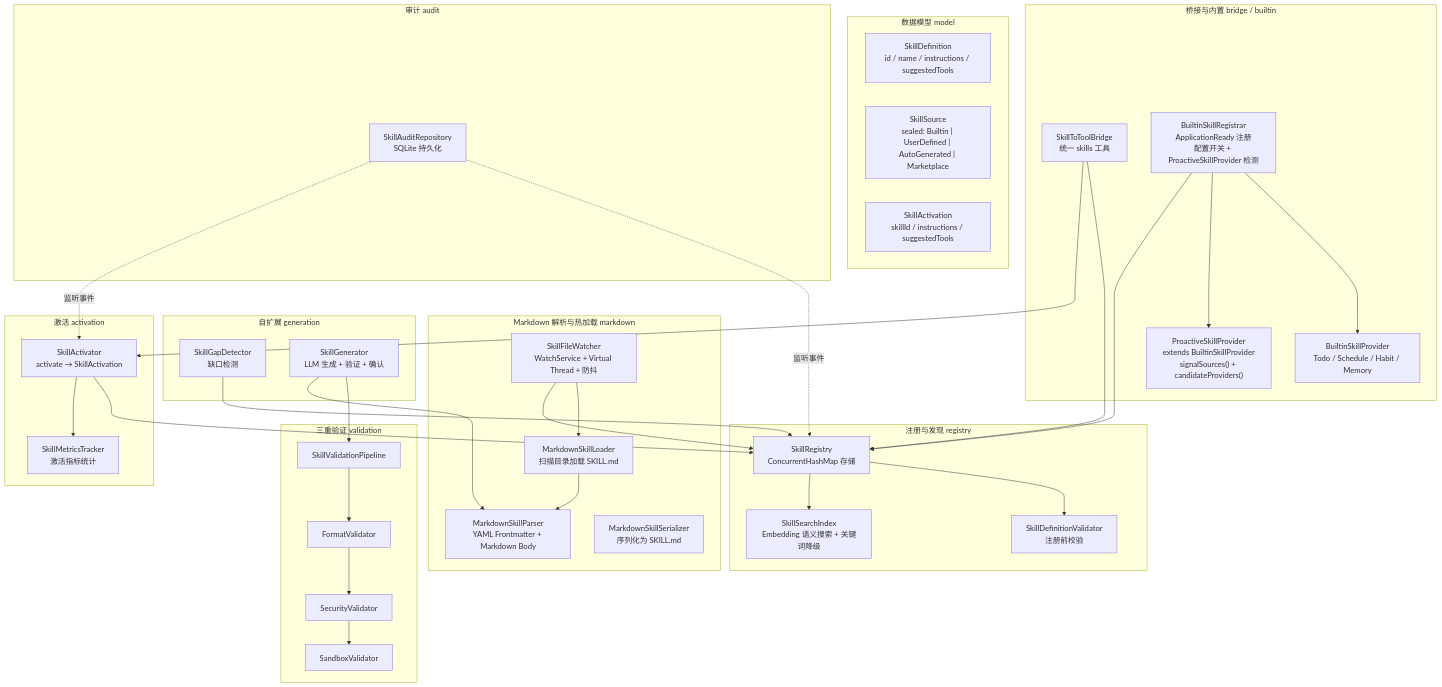
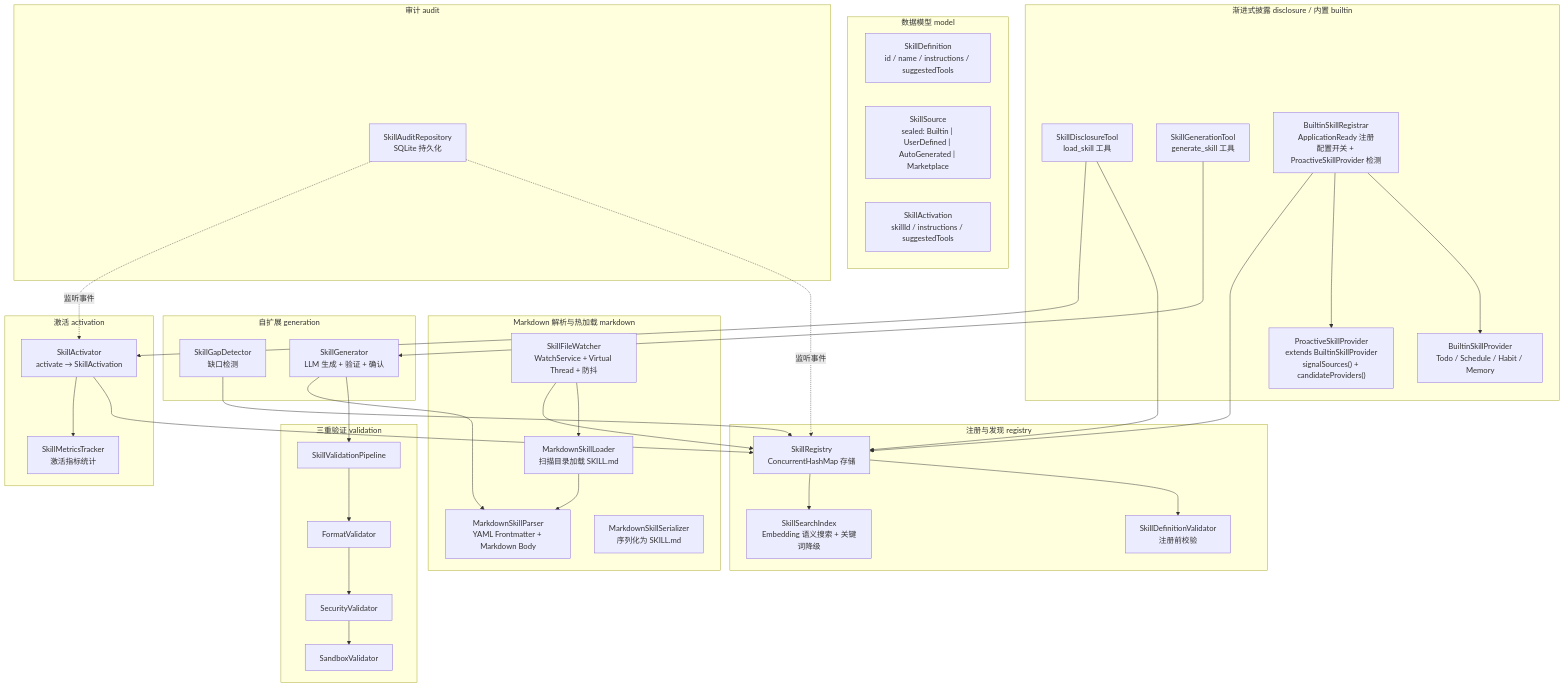
Before and after one commit to ntygod/LifePilot: the first of 4 diagrams in docs/architecture/skill-system.md, drawn with Mermaid. The commit also changed other lines of this file and 5 other files, not shown here.

````diff
--- a/docs/architecture/skill-system.md
+++ b/docs/architecture/skill-system.md
@@ -15,67 +15,69 @@
 ```mermaid
 graph TB
     subgraph "数据模型 model"
         SD["SkillDefinition<br/>id / name / instructions / suggestedTools"]
         SS["SkillSource<br/>sealed: Builtin | UserDefined | AutoGenerated | Marketplace"]
         SA_M["SkillActivation<br/>skillId / instructions / suggestedTools"]
     end
 
     subgraph "注册与发现 registry"
         SR["SkillRegistry<br/>ConcurrentHashMap 存储"]
         SDV["SkillDefinitionValidator<br/>注册前校验"]
         SSI["SkillSearchIndex<br/>Embedding 语义搜索 + 关键词降级"]
     end
 
     subgraph "激活 activation"
         SA["SkillActivator<br/>activate → SkillActivation"]
         SMT["SkillMetricsTracker<br/>激活指标统计"]
     end
 
     subgraph "Markdown 解析与热加载 markdown"
         MSL["MarkdownSkillLoader<br/>扫描目录加载 SKILL.md"]
         MSP["MarkdownSkillParser<br/>YAML Frontmatter + Markdown Body"]
         MSS["MarkdownSkillSerializer<br/>序列化为 SKILL.md"]
         SFW["SkillFileWatcher<br/>WatchService + Virtual Thread + 防抖"]
     end
 
     subgraph "三重验证 validation"
         SVP["SkillValidationPipeline"]
         FV["FormatValidator"]
         SEV["SecurityValidator"]
         SBV["SandboxValidator"]
         SVP --> FV --> SEV --> SBV
     end
 
     subgraph "自扩展 generation"
         SGD["SkillGapDetector<br/>缺口检测"]
         SG["SkillGenerator<br/>LLM 生成 + 验证 + 确认"]
     end
 
-    subgraph "桥接与内置 bridge / builtin"
-        STB["SkillToToolBridge<br/>统一 skills 工具"]
+    subgraph "渐进式披露 disclosure / 内置 builtin"
+        SDT["SkillDisclosureTool<br/>load_skill 工具"]
+        SGT["SkillGenerationTool<br/>generate_skill 工具"]
         BSR["BuiltinSkillRegistrar<br/>ApplicationReady 注册<br/>配置开关 + ProactiveSkillProvider 检测"]
         BSP["BuiltinSkillProvider<br/>Todo / Schedule / Habit / Memory"]
         PSP["ProactiveSkillProvider<br/>extends BuiltinSkillProvider<br/>signalSources() + candidateProviders()"]
     end
 
     subgraph "审计 audit"
         SAR["SkillAuditRepository<br/>SQLite 持久化"]
     end
 
     SR --> SDV
     SR --> SSI
     SA --> SR
     SA --> SMT
     SFW --> MSL --> MSP
     SFW --> SR
     SGD --> SR
     SG --> SVP
     SG --> MSP
-    STB --> SR
-    STB --> SA
+    SDT --> SR
+    SDT --> SA
+    SGT --> SG
     BSR --> BSP
     BSR --> PSP
     BSR --> SR
     SAR -.->|"监听事件"| SR
     SAR -.->|"监听事件"| SA
 ```
````
